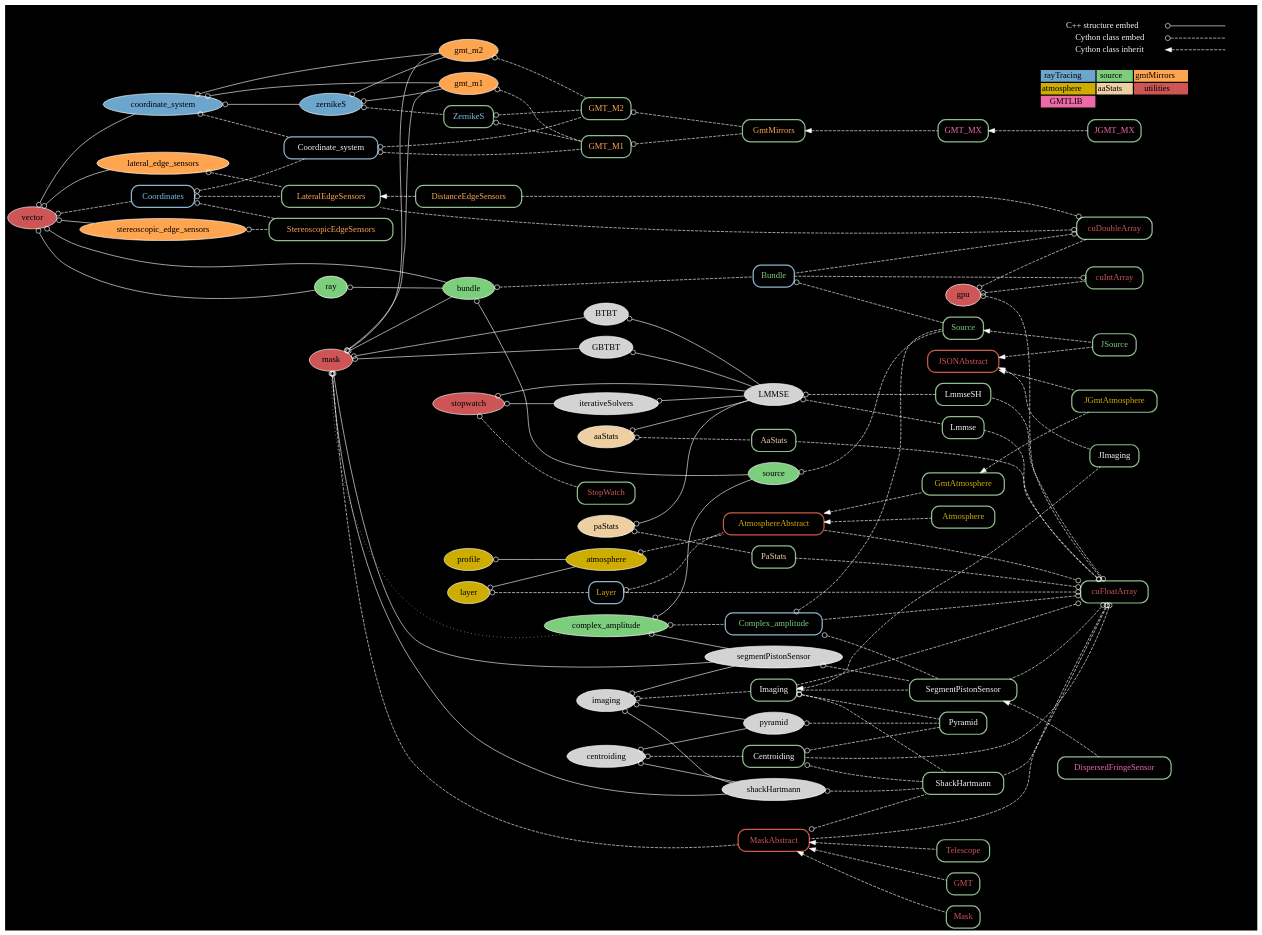
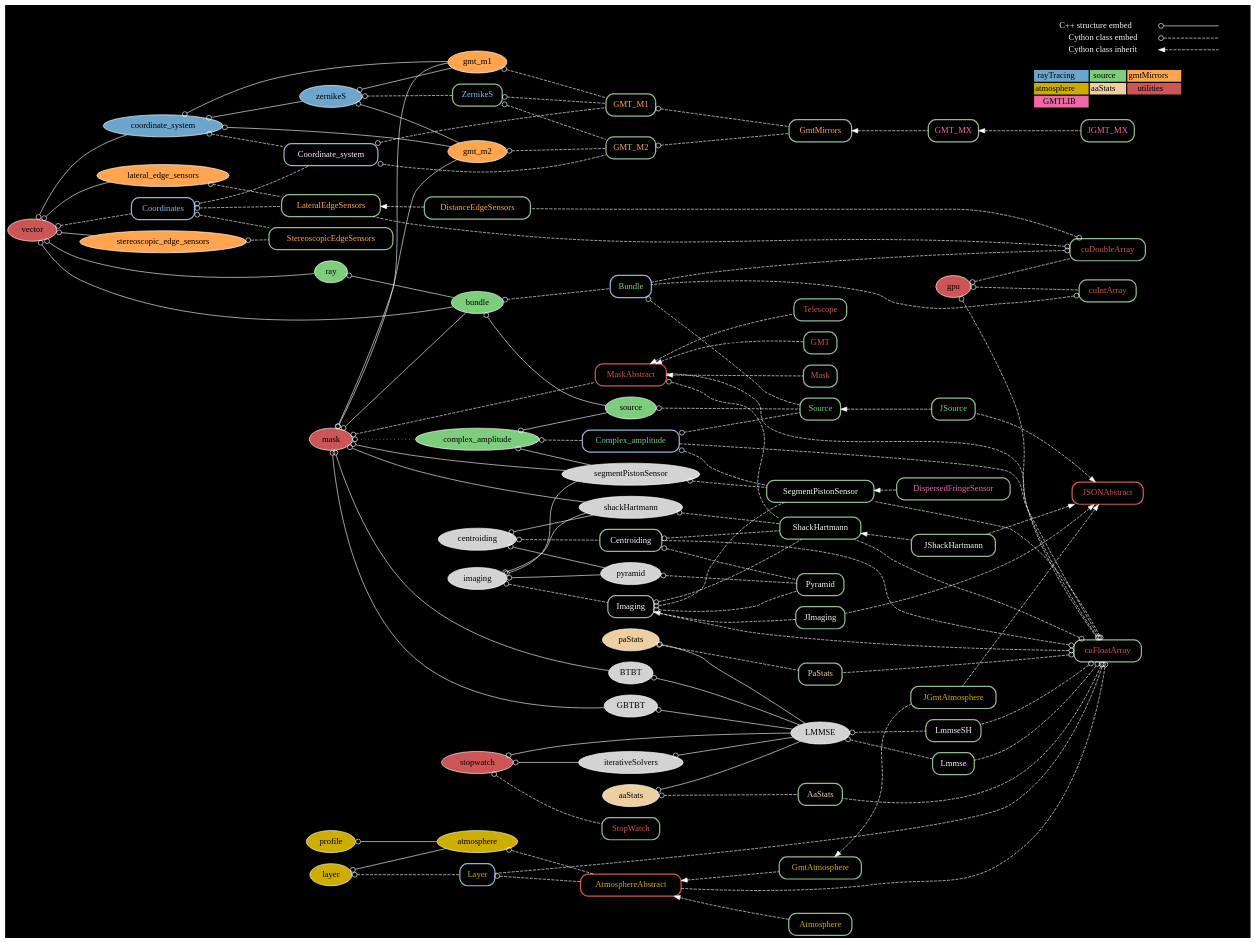
Before and after one commit to rconan/CEO: the diagram in graph/ceo.dot, drawn with Graphviz.

Commit message:
ADDED JSHACKHARTMANN TO GRAPH

```diff
--- a/graph/ceo.dot
+++ b/graph/ceo.dot
@@ -222,15 +222,17 @@
 
 Imaging -> JImaging;
 
+ShackHartmann -> JShackHartmann;
+
 JSONAbstract[color=coral3];
-JSONAbstract -> {JSource; JImaging; JGmtAtmosphere;}
+JSONAbstract -> {JSource; JImaging; JGmtAtmosphere; JShackHartmann;}
 
 #{rank = source; mask;}
 #{rank = same; gpu; GMT_MX; Atmosphere;}
 #{rank = same; Source; ShackHartmann}
 #{rank=same; stopwatch; StopWatch;}
 {rank = same; cuFloatArray; cuDoubleArray; cuIntArray}
-{rank = sink; cuFloatArray}
+{rank = sink; cuFloatArray; JSONAbstract;}
 
   rankdir=LR
   node [shape=plaintext]
```
